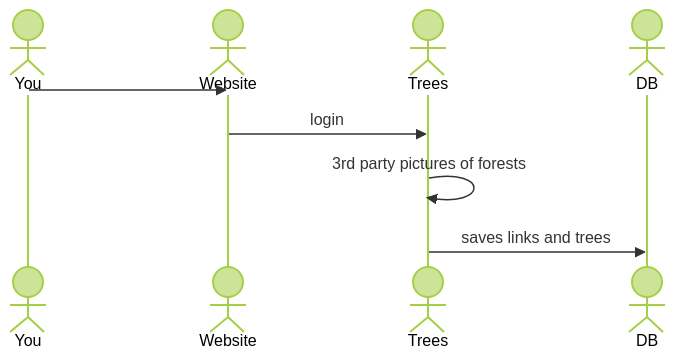
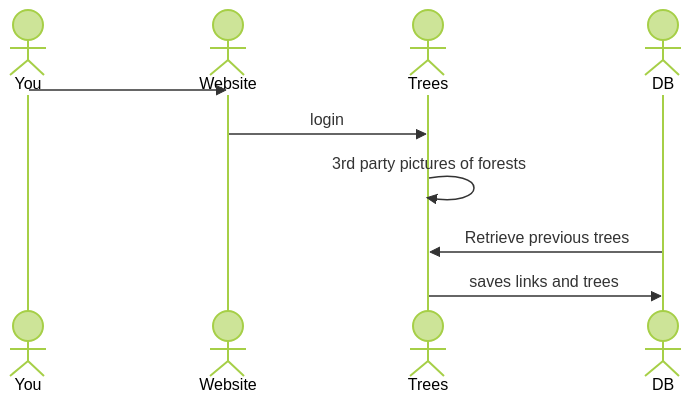
One commit to birdman0728/startup changed the diagram in README.md. Above: the diagram before and after it, drawn with Mermaid (forest theme). The commit also changed other lines of this file, not shown here.

Commit message:
Added to diagram

````diff
--- a/README.md
+++ b/README.md
@@ -27,11 +27,12 @@
 ```mermaid
 sequenceDiagram
     actor You
     actor Website
     actor Trees
     actor DB
     You->>Website:
     Website->>Trees: login
     Trees->>Trees: 3rd party pictures of forests
+    DB->>Trees: Retrieve previous trees
     Trees->>DB: saves links and trees
 ```
````
